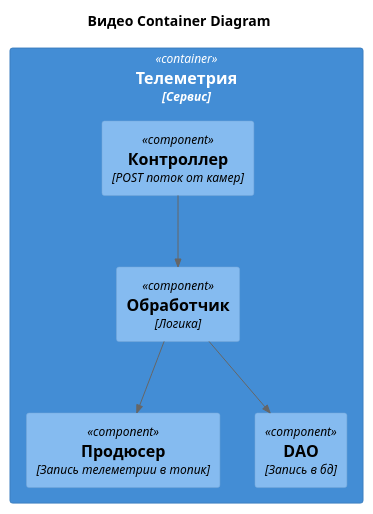
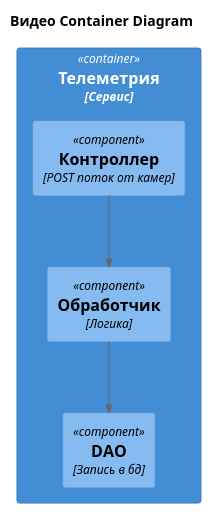
One commit to gyngazov/architecture-sprint-3 changed the diagram in smart-home-monolith/diagrams/component/Telemetry.puml. Above: the diagram before and after it, drawn with PlantUML. The commit also changed 34 other files, not shown here.

```diff
--- a/smart-home-monolith/diagrams/component/Telemetry.puml
+++ b/smart-home-monolith/diagrams/component/Telemetry.puml
@@ -1,18 +1,16 @@
 @startuml
 
 title Видео Container Diagram
 
 top to bottom direction
 
 !includeurl https://raw.githubusercontent.com/RicardoNiepel/C4-PlantUML/master/C4_Component.puml
 
 Container(vsrv, "Телеметрия", "Сервис") {
     Component(ctrl, "Контроллер", "POST поток от камер")
-    Component(prd, "Продюсер", "Запись телеметрии в топик")
     Component(log, "Обработчик", "Логика")
     Component(dao, "DAO", "Запись в бд")
 }
 Rel(ctrl, log, "")
-Rel(log, prd, "")
 Rel(log, dao, "")
 @enduml
```
